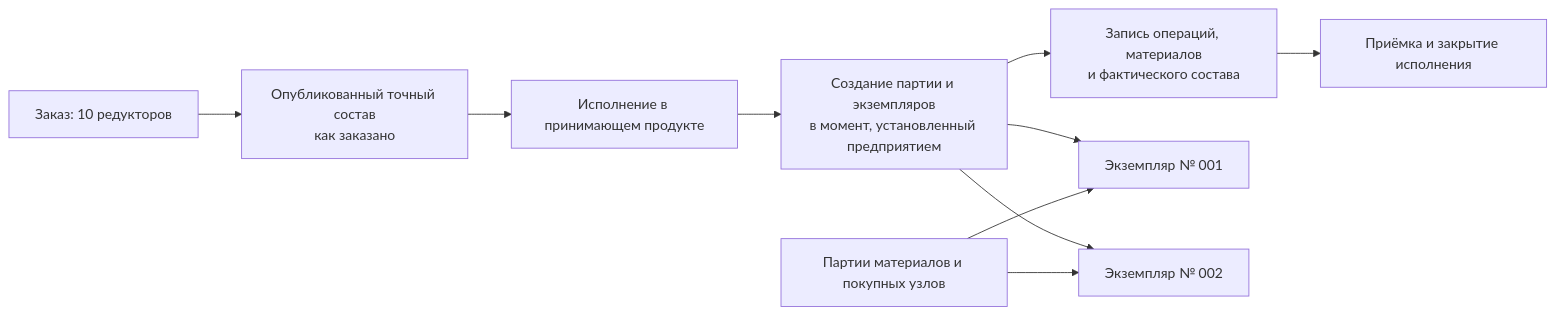
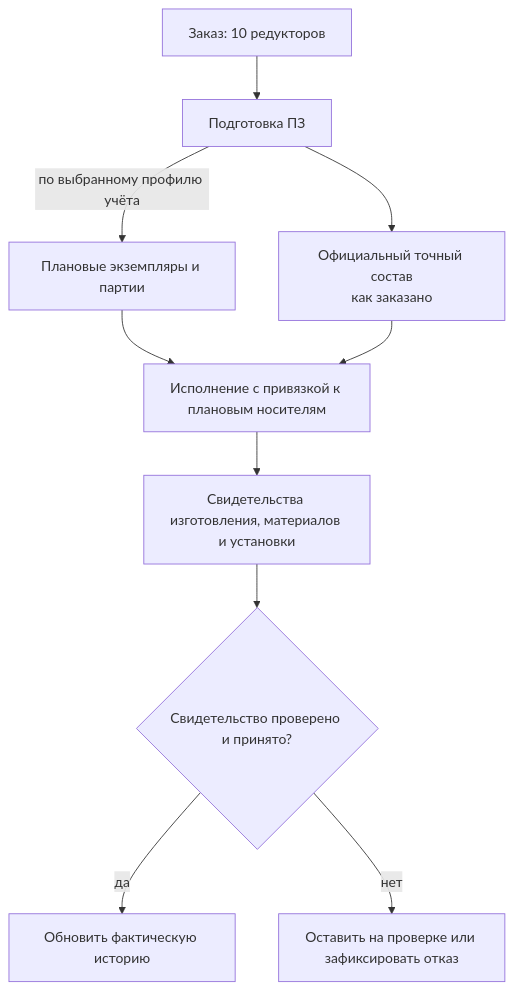
The diagram in wiki/Order-units-lots-as-built.md (ZelAnton/Interlink-product-book), drawn with Mermaid before and after one commit. The commit also changed other lines of this file and 231 other files, not shown here.

````diff
--- a/wiki/Order-units-lots-as-built.md
+++ b/wiki/Order-units-lots-as-built.md
@@ -14,12 +16,12 @@
 ```mermaid
-flowchart LR
-    A["Заказ: 10 редукторов"] --> B["Опубликованный точный состав<br/>как заказано"]
-    B --> C["Исполнение в принимающем продукте"]
-    C --> D["Создание партии и экземпляров<br/>в момент, установленный предприятием"]
-    D --> E["Запись операций, материалов<br/>и фактического состава"]
-    E --> F["Приёмка и закрытие исполнения"]
-    D --> G["Экземпляр № 001"]
-    D --> H["Экземпляр № 002"]
-    I["Партии материалов и покупных узлов"] --> G
-    I --> H
+flowchart TD
+    A["Заказ: 10 редукторов"] --> B["Подготовка ПЗ"]
+    B -->|"по выбранному профилю учёта"| C["Плановые экземпляры и партии"]
+    B --> D["Официальный точный состав<br/>как заказано"]
+    C --> E["Исполнение с привязкой к плановым носителям"]
+    D --> E
+    E --> F["Свидетельства изготовления, материалов и установки"]
+    F --> G{"Свидетельство проверено и принято?"}
+    G -->|"да"| H["Обновить фактическую историю"]
+    G -->|"нет"| I["Оставить на проверке или зафиксировать отказ"]
 ```
````
